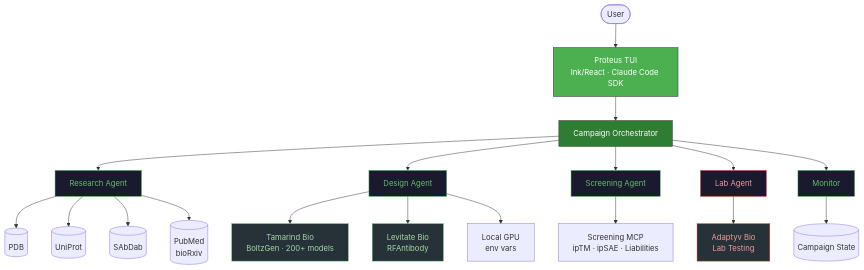
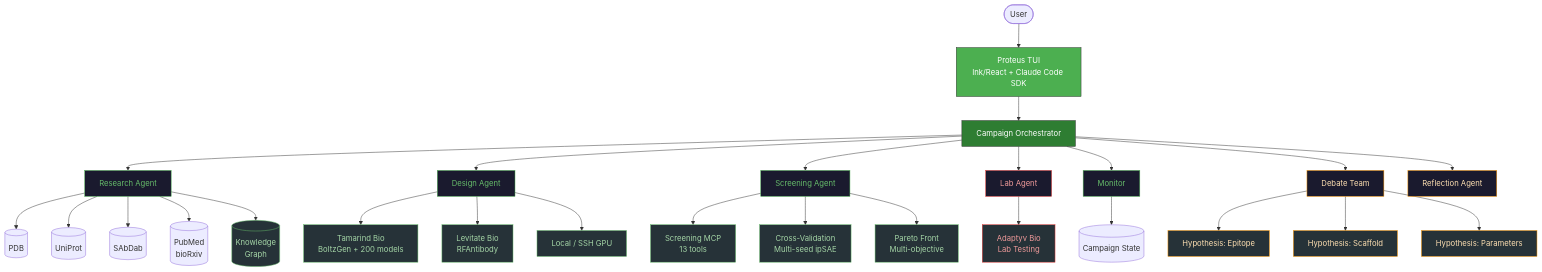
The diagram in README.md (001TMF/blatant-why), drawn with Mermaid before and after one commit. The commit also changed other lines of this file, not shown here.

````diff
--- a/README.md
+++ b/README.md
@@ -122,37 +149,56 @@
 ```mermaid
 graph TD
-    User([User]) --> TUI[Proteus TUI<br/>Ink/React · Claude Code SDK]
+    User([User]) --> TUI[Proteus TUI<br/>Ink/React + Claude Code SDK]
     TUI --> Orch[Campaign Orchestrator]
 
     Orch --> RA[Research Agent]
     Orch --> DA[Design Agent]
     Orch --> SA[Screening Agent]
     Orch --> LA[Lab Agent]
     Orch --> MA[Monitor]
+    Orch --> DB[Debate Team]
+    Orch --> REF[Reflection Agent]
+
+    DB --> HE[Hypothesis: Epitope]
+    DB --> HS[Hypothesis: Scaffold]
+    DB --> HP[Hypothesis: Parameters]
 
     RA --> PDB[(PDB)]
     RA --> UP[(UniProt)]
     RA --> SAB[(SAbDab)]
     RA --> RES[(PubMed<br/>bioRxiv)]
+    RA --> KG[(Knowledge<br/>Graph)]
 
-    DA --> TAM[Tamarind Bio<br/>BoltzGen · 200+ models]
+    DA --> TAM[Tamarind Bio<br/>BoltzGen + 200 models]
     DA --> LEV[Levitate Bio<br/>RFAntibody]
-    DA --> LOCAL[Local GPU<br/>env vars]
+    DA --> LOCAL[Local / SSH GPU]
 
-    SA --> SCR[Screening MCP<br/>ipTM · ipSAE · Liabilities]
+    SA --> SCR[Screening MCP<br/>13 tools]
+    SA --> CV[Cross-Validation<br/>Multi-seed ipSAE]
+    SA --> PAR[Pareto Front<br/>Multi-objective]
 
     LA --> ADT[Adaptyv Bio<br/>Lab Testing]
 
     MA --> CS[(Campaign State)]
 
     style TUI fill:#4CAF50,stroke:#333,color:#fff
     style Orch fill:#2E7D32,stroke:#333,color:#fff
     style RA fill:#1A1A2E,stroke:#4CAF50,color:#66BB6A
     style DA fill:#1A1A2E,stroke:#4CAF50,color:#66BB6A
     style SA fill:#1A1A2E,stroke:#4CAF50,color:#66BB6A
     style LA fill:#1A1A2E,stroke:#E53935,color:#EF9A9A
     style MA fill:#1A1A2E,stroke:#4CAF50,color:#66BB6A
+    style DB fill:#1A1A2E,stroke:#FF9800,color:#FFE0B2
+    style REF fill:#1A1A2E,stroke:#FF9800,color:#FFE0B2
+    style HE fill:#263238,stroke:#FF9800,color:#FFE0B2
+    style HS fill:#263238,stroke:#FF9800,color:#FFE0B2
+    style HP fill:#263238,stroke:#FF9800,color:#FFE0B2
+    style KG fill:#263238,stroke:#66BB6A,color:#A5D6A7
     style TAM fill:#263238,stroke:#66BB6A,color:#A5D6A7
     style LEV fill:#263238,stroke:#66BB6A,color:#A5D6A7
+    style LOCAL fill:#263238,stroke:#66BB6A,color:#A5D6A7
     style ADT fill:#263238,stroke:#E53935,color:#EF9A9A
+    style SCR fill:#263238,stroke:#66BB6A,color:#A5D6A7
+    style CV fill:#263238,stroke:#66BB6A,color:#A5D6A7
+    style PAR fill:#263238,stroke:#66BB6A,color:#A5D6A7
 ```
````
